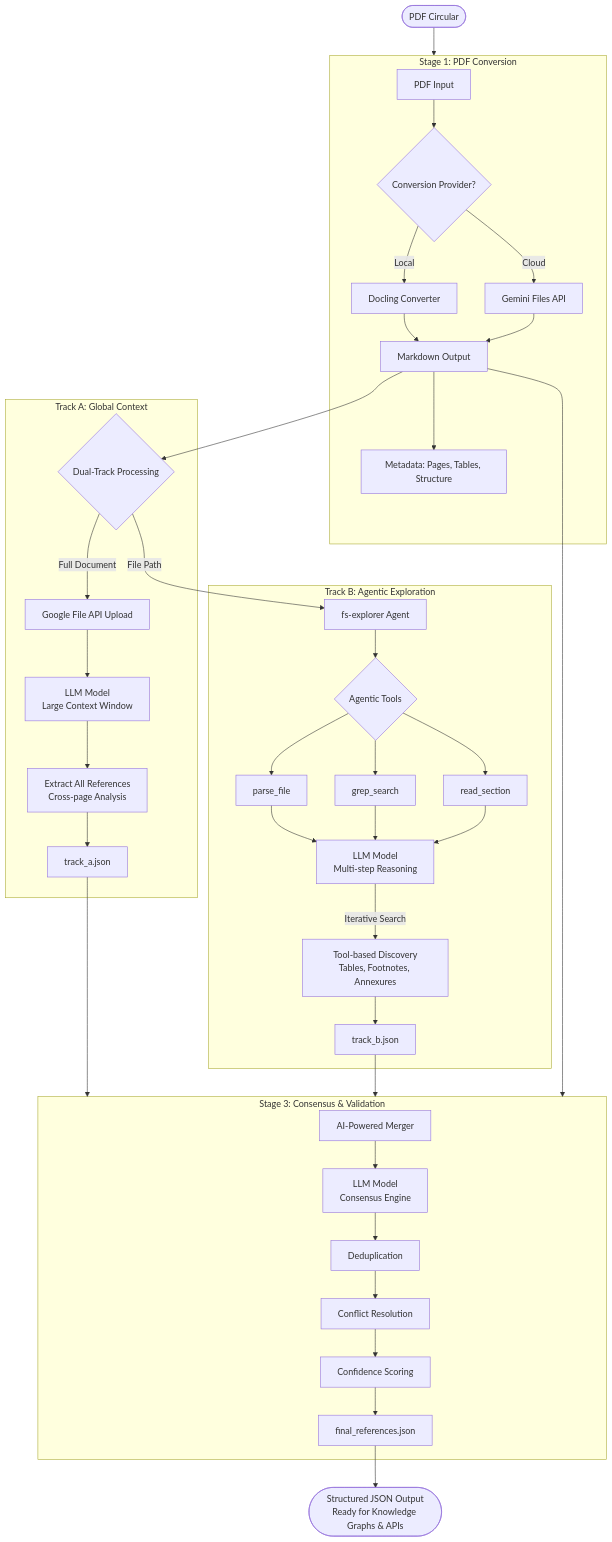
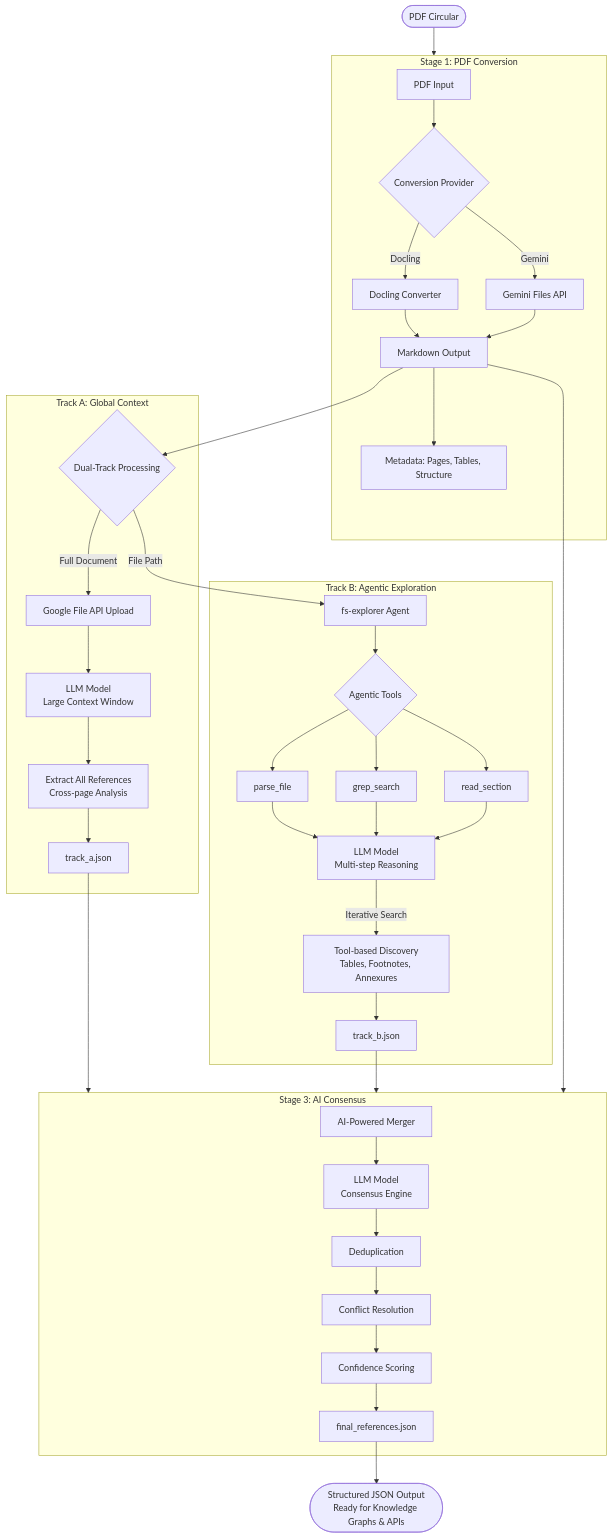
One commit to shoryasethia/relatio changed the diagram in README.md. Above: the diagram before and after it, drawn with Mermaid. The commit also changed other lines of this file, not shown here.

Commit message:
Fix: Mermaid diagram - remove Local/Cloud labels, shorten Stage 3 title

````diff
--- a/README.md
+++ b/README.md
@@ -27,47 +27,47 @@
 ```mermaid
 graph TB
     Start([PDF Circular]) --> Stage1
     
     subgraph Stage1[" Stage 1: PDF Conversion "]
-        PDF[PDF Input] --> Choice{Conversion Provider?}
-        Choice -->|Local| Docling[Docling Converter]
-        Choice -->|Cloud| GeminiConvert[Gemini Files API]
-        Docling --> MD[Markdown Output]
-        GeminiConvert --> MD
+        PDF[PDF Input] --> Choice{Conversion Provider}
+        Choice -->|Docling| DoclingSys[Docling Converter]
+        Choice -->|Gemini| GeminiAPI[Gemini Files API]
+        DoclingSys --> MD[Markdown Output]
+        GeminiAPI --> MD
         MD --> Meta[Metadata: Pages, Tables, Structure]
     end
     
     MD --> Split{Dual-Track Processing}
     
     subgraph Stage2A[" Track A: Global Context "]
         Split -->|Full Document| FileAPI[Google File API Upload]
         FileAPI --> LLM_A[LLM Model<br/>Large Context Window]
         LLM_A --> GlobalExtract[Extract All References<br/>Cross-page Analysis]
         GlobalExtract --> TrackA_JSON[track_a.json]
     end
     
     subgraph Stage2B[" Track B: Agentic Exploration "]
         Split -->|File Path| FSExplorer[fs-explorer Agent]
         FSExplorer --> Tools{Agentic Tools}
         Tools --> Parse[parse_file]
         Tools --> Grep[grep_search]
         Tools --> Read[read_section]
         Parse & Grep & Read --> LLM_B[LLM Model<br/>Multi-step Reasoning]
         LLM_B -->|Iterative Search| AgenticExtract[Tool-based Discovery<br/>Tables, Footnotes, Annexures]
         AgenticExtract --> TrackB_JSON[track_b.json]
     end
     
     TrackA_JSON --> Stage3
     TrackB_JSON --> Stage3
     MD --> Stage3
     
-    subgraph Stage3[" Stage 3: Consensus & Validation "]
+    subgraph Stage3[" Stage 3: AI Consensus "]
         Merge[AI-Powered Merger] --> LLM_C[LLM Model<br/>Consensus Engine]
         LLM_C --> Dedup[Deduplication]
         Dedup --> Validate[Conflict Resolution]
         Validate --> Confidence[Confidence Scoring]
         Confidence --> Final[final_references.json]
     end
     
     Final --> Output([Structured JSON Output<br/>Ready for Knowledge Graphs & APIs])
 ```
````
